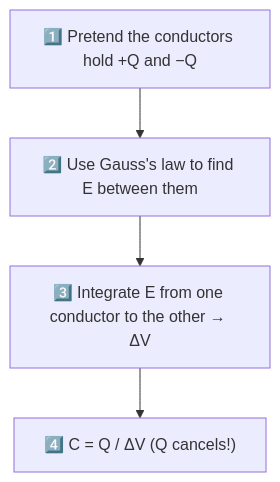
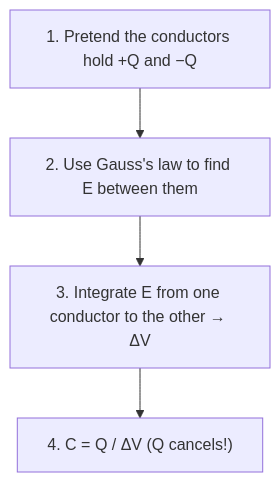
Before and after one commit to jlimaz/physics-study-guide: the second of 2 diagrams in content/study-guide.md, drawn with Mermaid. The commit also changed other lines of this file and 15 other files, not shown here.

````diff
--- a/content/study-guide.md
+++ b/content/study-guide.md
@@ -228,6 +228,6 @@
 ```mermaid
 flowchart TD
-    S1["1️⃣ Pretend the conductors hold +Q and −Q"] --> S2["2️⃣ Use Gauss's law to find E between them"]
-    S2 --> S3["3️⃣ Integrate E from one conductor to the other → ΔV"]
-    S3 --> S4["4️⃣ C = Q / ΔV  (Q cancels!)"]
+    S1["1. Pretend the conductors hold +Q and −Q"] --> S2["2. Use Gauss's law to find E between them"]
+    S2 --> S3["3. Integrate E from one conductor to the other → ΔV"]
+    S3 --> S4["4. C = Q / ΔV  (Q cancels!)"]
 ```
````
